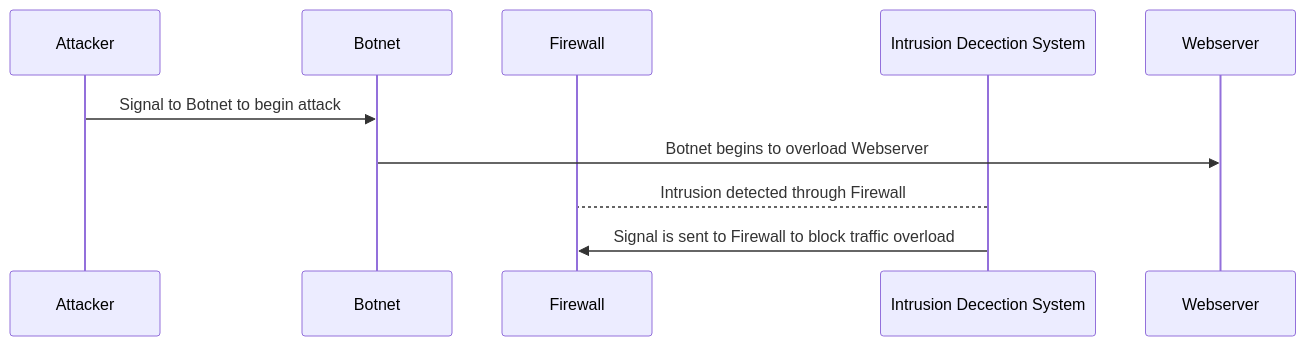
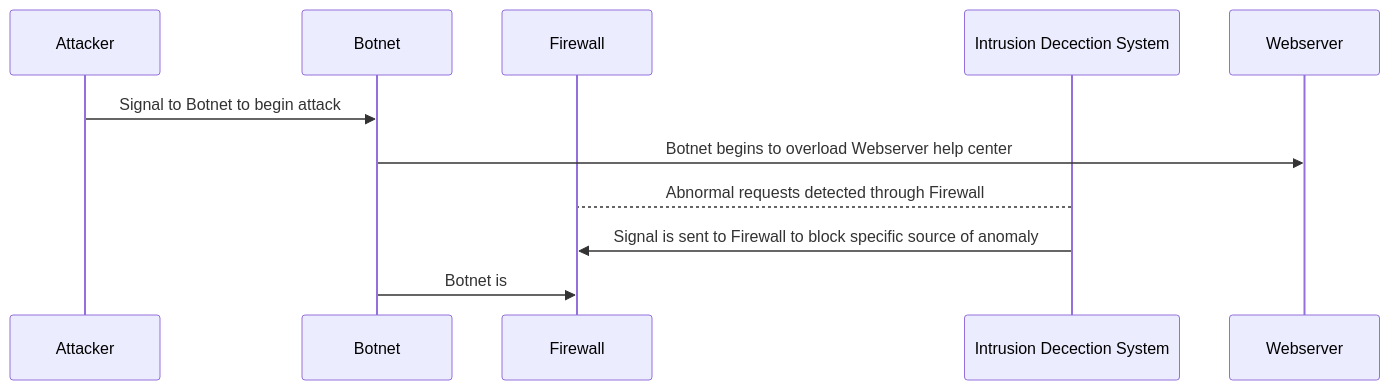
Before and after one commit to Felix-College/Felix-College.github.io: the diagram in DDoS_Attack_Sequence.md, drawn with Mermaid.

````diff
--- a/DDoS_Attack_Sequence.md
+++ b/DDoS_Attack_Sequence.md
@@ -1,24 +1,24 @@
 ```mermaid
 sequenceDiagram
   participant A as Attacker
   participant B as Botnet
   participant C as Firewall
   participant D as Intrusion Decection System
   participant E as Webserver
 
 A->>B: Signal to Botnet to begin attack
-B->>E: Botnet begins to overload Webserver
-D-->C: Intrusion detected through Firewall
-D->>C: Signal is sent to Firewall to block traffic overload
-
+B->>E: Botnet begins to overload Webserver help center
+D-->C: Abnormal requests detected through Firewall
+D->>C: Signal is sent to Firewall to block specific source of anomaly
+B->>C: Botnet is 
 
 
 
 
 
 
 
 
 
 
 ```
````
